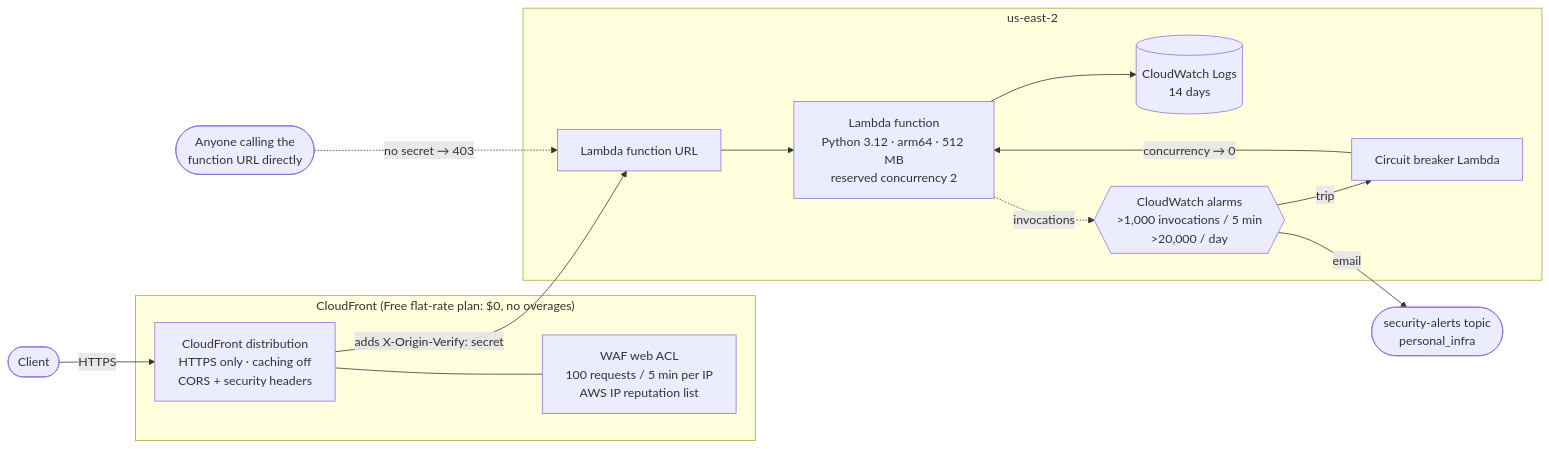
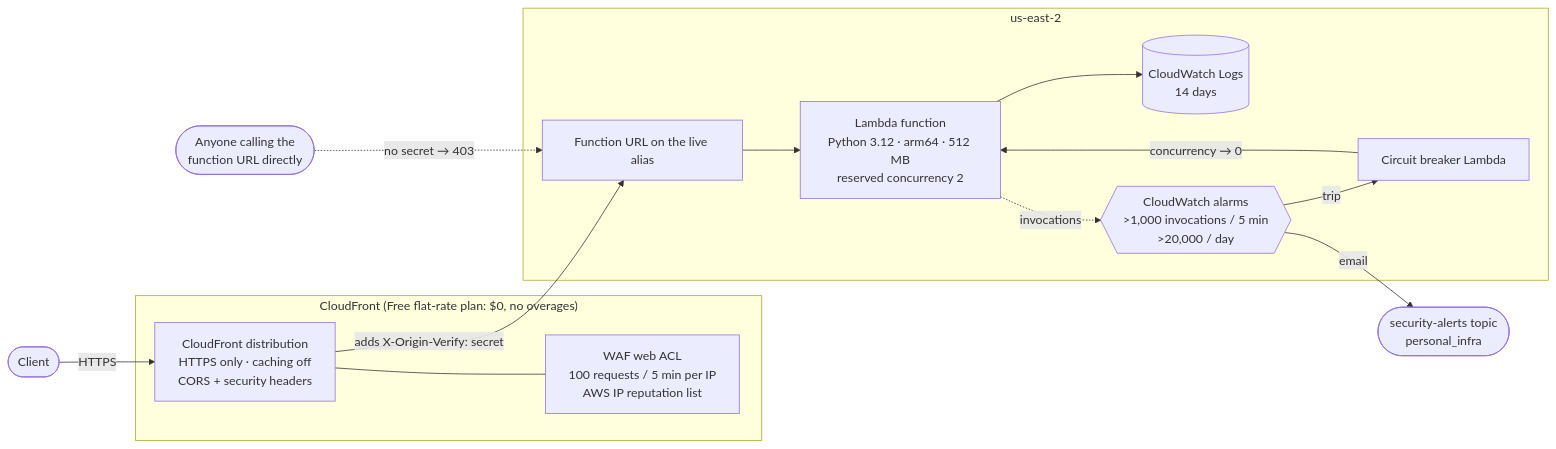
One commit to amcaughan-personal/data-simulator-api changed the first of 2 diagrams in docs/aws.md. Above: the diagram before and after it, drawn with Mermaid. The commit also changed other lines of this file and 26 other files, not shown here.

````diff
--- a/docs/aws.md
+++ b/docs/aws.md
@@ -9,27 +21,27 @@
 ```mermaid
 flowchart LR
     client([Client]) -->|HTTPS| cf
 
     subgraph edge["CloudFront (Free flat-rate plan: $0, no overages)"]
         cf[CloudFront distribution<br/>HTTPS only · caching off<br/>CORS + security headers]
         waf[WAF web ACL<br/>100 requests / 5 min per IP<br/>AWS IP reputation list]
         cf --- waf
     end
 
     cf -->|"adds X-Origin-Verify: secret"| url
 
     subgraph region["us-east-2"]
-        url[Lambda function URL]
+        url[Function URL on the live alias]
         fn[Lambda function<br/>Python 3.12 · arm64 · 512 MB<br/>reserved concurrency 2]
         logs[(CloudWatch Logs<br/>14 days)]
         url --> fn --> logs
         alarms{{CloudWatch alarms<br/>>1,000 invocations / 5 min<br/>>20,000 / day}}
         breaker[Circuit breaker Lambda]
         fn -. invocations .-> alarms
         alarms -->|trip| breaker
         breaker -->|concurrency → 0| fn
     end
 
     alarms -->|email| sns([security-alerts topic<br/>personal_infra])
     other([Anyone calling the<br/>function URL directly]) -.->|no secret → 403| url
 ```
````
